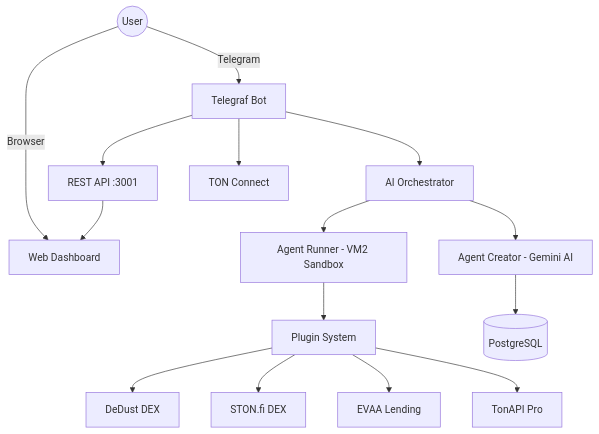
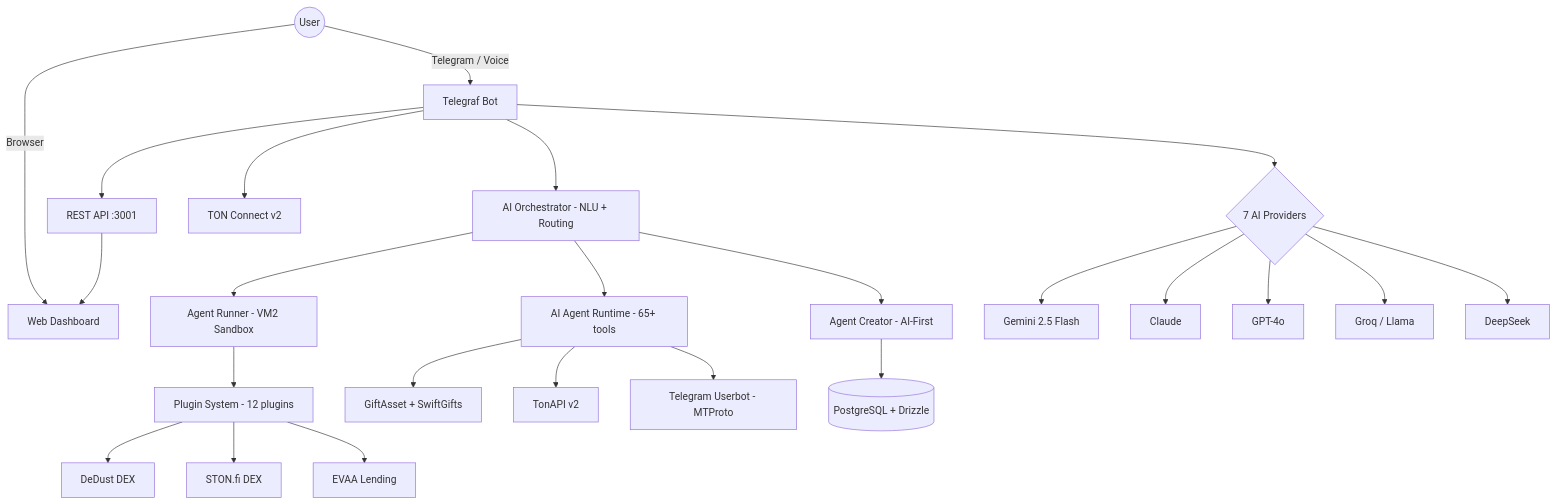
One commit to uheartattack/TonAgentPlatform changed the diagram in README.md. Above: the diagram before and after it, drawn with Mermaid. The commit also changed other lines of this file and 3 other files, not shown here.

````diff
--- a/README.md
+++ b/README.md
@@ -68,17 +77,26 @@
 ```mermaid
 graph TB
-    User((User)) -->|Telegram| Bot[Telegraf Bot]
+    User((User)) -->|Telegram / Voice| Bot[Telegraf Bot]
     User -->|Browser| Dashboard[Web Dashboard]
-    Bot --> Orchestrator[AI Orchestrator]
+    Bot --> Orchestrator[AI Orchestrator - NLU + Routing]
     Bot --> APIServer[REST API :3001]
-    Orchestrator --> Creator[Agent Creator - Gemini AI]
+    Orchestrator --> Creator[Agent Creator - AI-First]
+    Orchestrator --> AIRuntime[AI Agent Runtime - 65+ tools]
     Orchestrator --> Runner[Agent Runner - VM2 Sandbox]
-    Runner --> Plugins[Plugin System]
+    Runner --> Plugins[Plugin System - 12 plugins]
+    AIRuntime --> GiftAsset[GiftAsset + SwiftGifts]
+    AIRuntime --> TonAPI[TonAPI v2]
+    AIRuntime --> Userbot[Telegram Userbot - MTProto]
     Plugins --> DeDust[DeDust DEX]
     Plugins --> STON[STON.fi DEX]
     Plugins --> EVAA[EVAA Lending]
-    Plugins --> TonAPI[TonAPI Pro]
-    Creator --> DB[(PostgreSQL)]
+    Creator --> DB[(PostgreSQL + Drizzle)]
     APIServer --> Dashboard
-    Bot --> TonConnect[TON Connect]
+    Bot --> TonConnect[TON Connect v2]
+    Bot --> MultiProvider{7 AI Providers}
+    MultiProvider --> Gemini[Gemini 2.5 Flash]
+    MultiProvider --> Claude[Claude]
+    MultiProvider --> GPT[GPT-4o]
+    MultiProvider --> Groq[Groq / Llama]
+    MultiProvider --> DeepSeek[DeepSeek]
 ```
````
